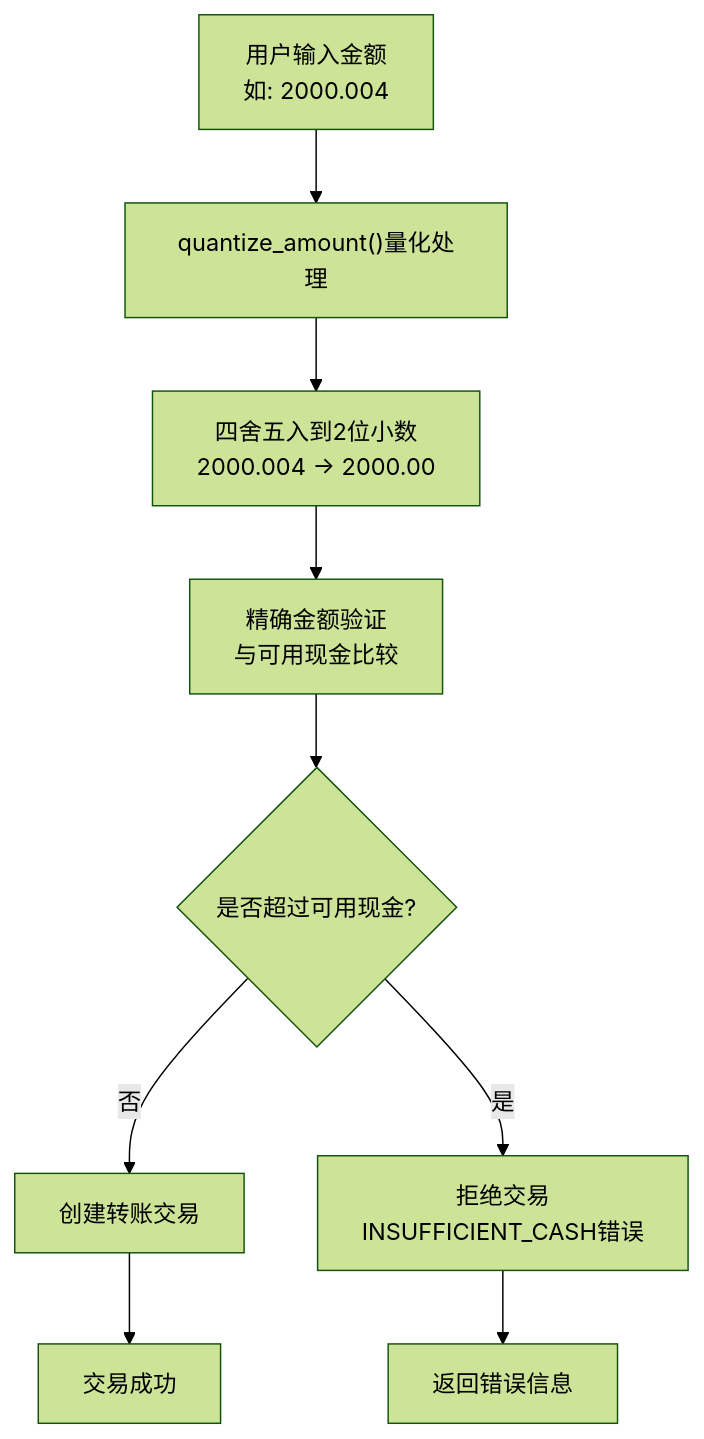
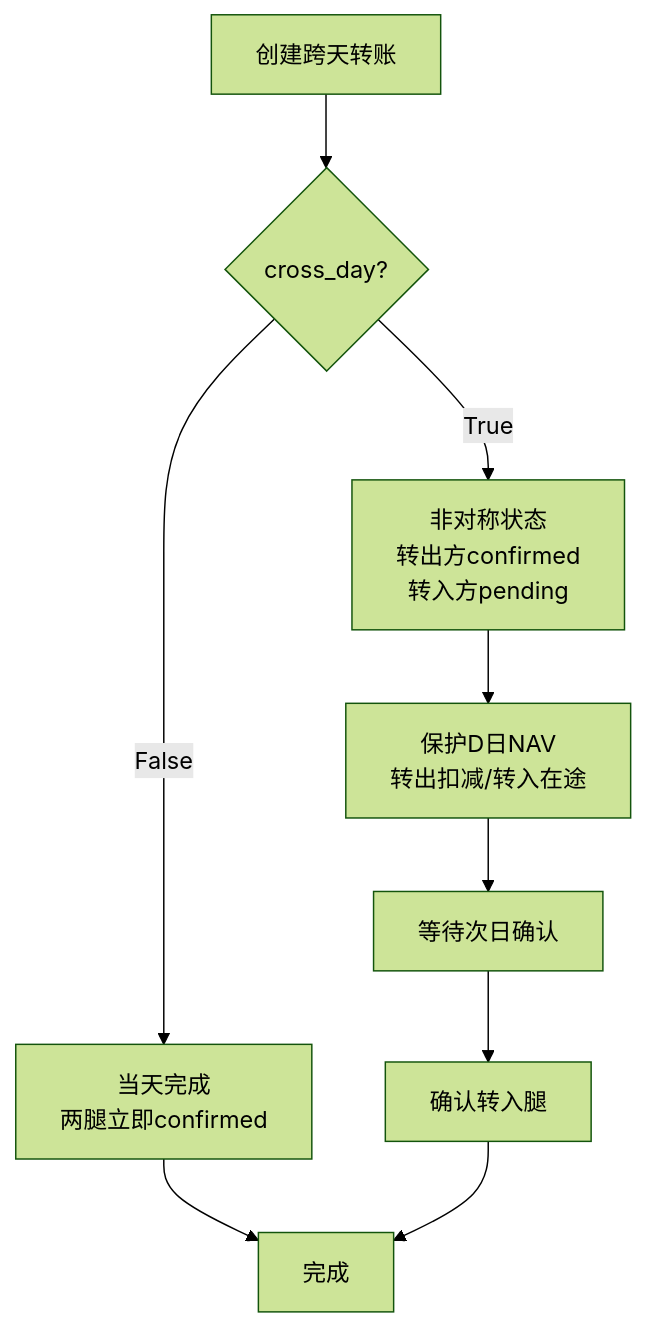
Before and after one commit to gujialind/InvestRing: the third of 7 diagrams in .qoder/repowiki/zh/content/核心业务功能/平台间现金转移系统.md, drawn with Mermaid (forest theme). The commit also changed other lines of this file and 62 other files, not shown here.

````diff
--- a/.qoder/repowiki/zh/content/核心业务功能/平台间现金转移系统.md
+++ b/.qoder/repowiki/zh/content/核心业务功能/平台间现金转移系统.md
@@ -254,11 +166,11 @@
 ```mermaid
 flowchart TD
-Input["用户输入金额<br/>如: 2000.004"] --> Quantize["quantize_amount()量化处理"]
-Quantize --> Round["四舍五入到2位小数<br/>2000.004 → 2000.00"]
-Round --> Validate["精确金额验证<br/>与可用现金比较"]
-Validate --> Pass{"是否超过可用现金?"}
-Pass --> |否| Create["创建转账交易"]
-Pass --> |是| Reject["拒绝交易<br/>INSUFFICIENT_CASH错误"]
-Create --> Success["交易成功"]
-Reject --> Error["返回错误信息"]
+Create["创建跨天转账"] --> CheckCrossDay{"cross_day?"}
+CheckCrossDay --> |False| SameDay["当天完成<br/>两腿立即confirmed"]
+CheckCrossDay --> |True| Asymmetric["非对称状态<br/>转出方confirmed<br/>转入方pending"]
+SameDay --> Complete["完成"]
+Asymmetric --> ProtectNAV["保护D日NAV<br/>转出扣减/转入在途"]
+ProtectNAV --> WaitConfirm["等待次日确认"]
+WaitConfirm --> Confirm["确认转入腿"]
+Confirm --> Complete
 ```
````
